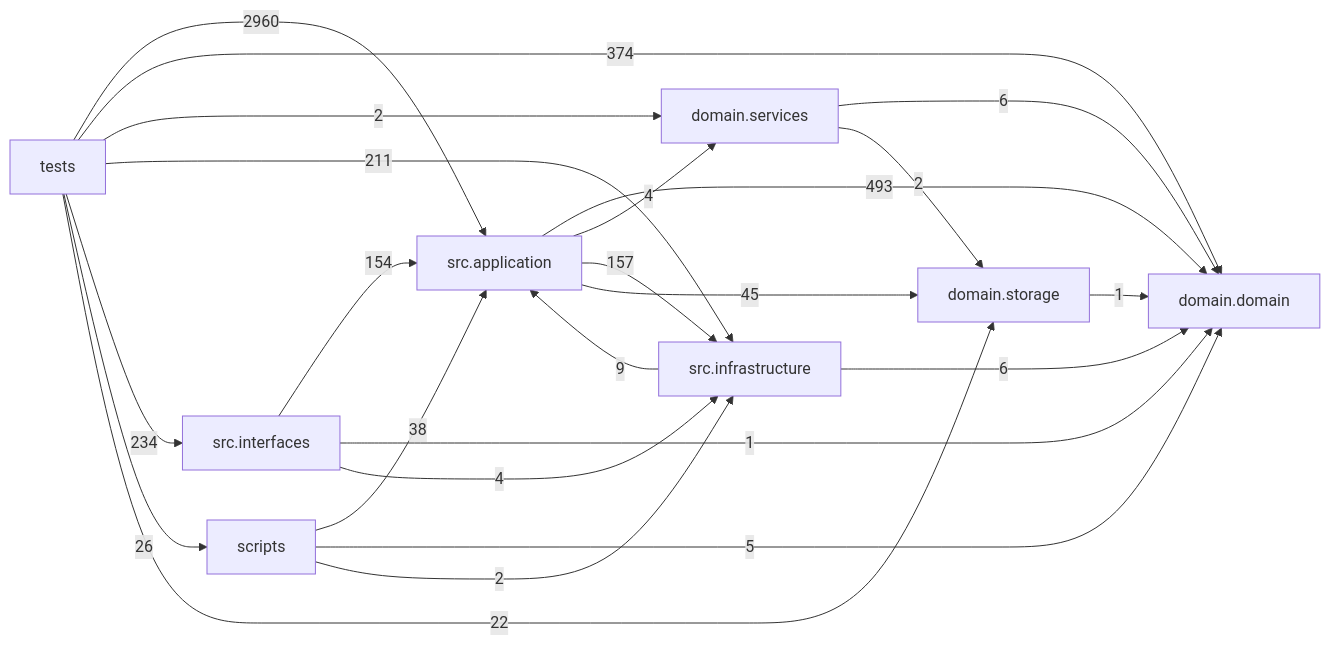
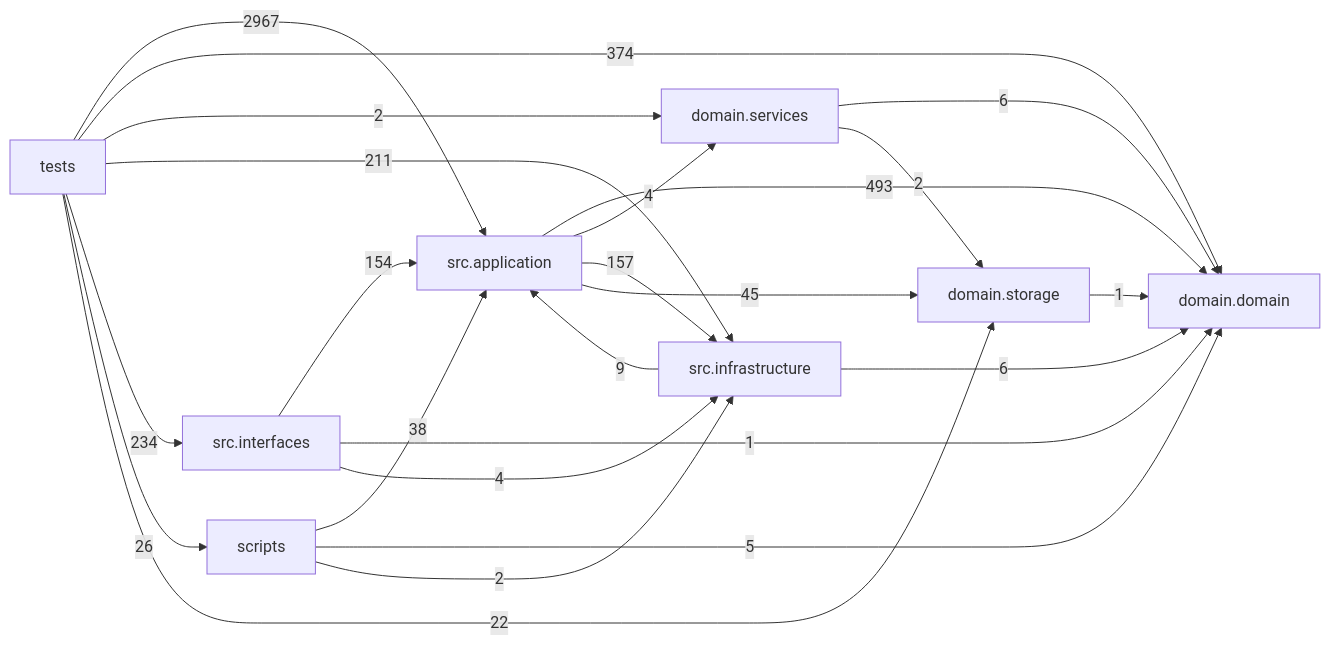
The diagram in docs/DEPENDENCY_GRAPH.md (liuxie066/options-monitor), drawn with Mermaid before and after one commit. The commit also changed other lines of this file and 10 other files, not shown here.

````diff
--- a/docs/DEPENDENCY_GRAPH.md
+++ b/docs/DEPENDENCY_GRAPH.md
@@ -24,33 +24,33 @@
 ```mermaid
 flowchart LR
   tests["tests"]
   scripts["scripts"]
   interfaces["src.interfaces"]
   application["src.application"]
   infrastructure["src.infrastructure"]
   domain_services["domain.services"]
   domain["domain.domain"]
   storage["domain.storage"]
   application -->|493| domain
   application -->|4| domain_services
   application -->|157| infrastructure
   application -->|45| storage
   domain_services -->|6| domain
   domain_services -->|2| storage
   infrastructure -->|9| application
   infrastructure -->|6| domain
   interfaces -->|154| application
   interfaces -->|1| domain
   interfaces -->|4| infrastructure
   scripts -->|38| application
   scripts -->|5| domain
   scripts -->|2| infrastructure
   storage -->|1| domain
-  tests -->|2960| application
+  tests -->|2967| application
   tests -->|374| domain
   tests -->|2| domain_services
   tests -->|211| infrastructure
   tests -->|234| interfaces
   tests -->|26| scripts
   tests -->|22| storage
 ```
````
